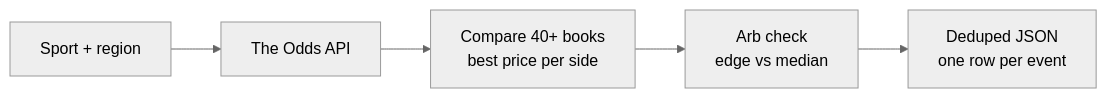
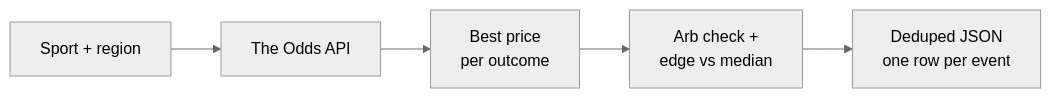
The first of 2 diagrams in actors/sports-odds-movement-tracker/README.md (Ken-Mutisya/scrapemint), drawn with Mermaid (neutral theme) before and after one commit. The commit also changed other lines of this file, not shown here.

````diff
--- a/actors/sports-odds-movement-tracker/README.md
+++ b/actors/sports-odds-movement-tracker/README.md
@@ -11,7 +11,7 @@
 ```mermaid
 flowchart LR
     A[Sport + region] --> B[The Odds API]
-    B --> C[Compare 40+ books<br/>best price per side]
-    C --> D[Arb check<br/>edge vs median]
+    B --> C[Best price<br/>per outcome]
+    C --> D[Arb check +<br/>edge vs median]
     D --> E[Deduped JSON<br/>one row per event]
 ```
````
